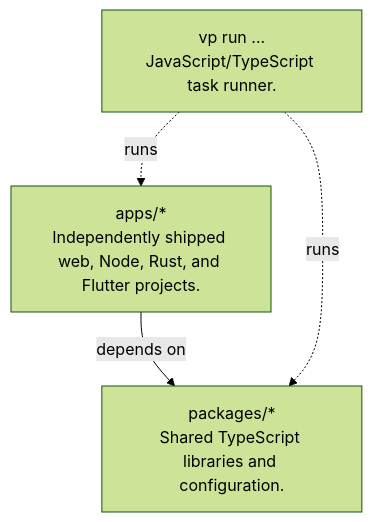
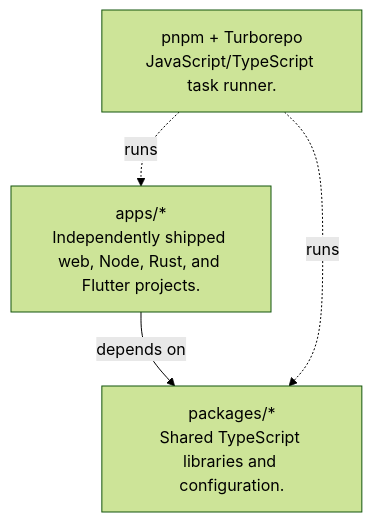
One commit to PetalNet/monorepo changed the first of 2 diagrams in docs/ARCHITECTURE.md. Above: the diagram before and after it, drawn with Mermaid (forest theme). The commit also changed other lines of this file and 39 other files, not shown here.

````diff
--- a/docs/ARCHITECTURE.md
+++ b/docs/ARCHITECTURE.md
@@ -7,10 +7,10 @@
 ```mermaid
 flowchart TD
     apps["apps/*<br/>Independently shipped web, Node, Rust, and Flutter projects."]
     packages["packages/*<br/>Shared TypeScript libraries and configuration."]
-    runner["vp run ...<br/>JavaScript/TypeScript task runner."]
+    runner["pnpm + Turborepo<br/>JavaScript/TypeScript task runner."]
 
     apps -->|depends on| packages
     runner -.->|runs| apps
     runner -.->|runs| packages
 ```
````
